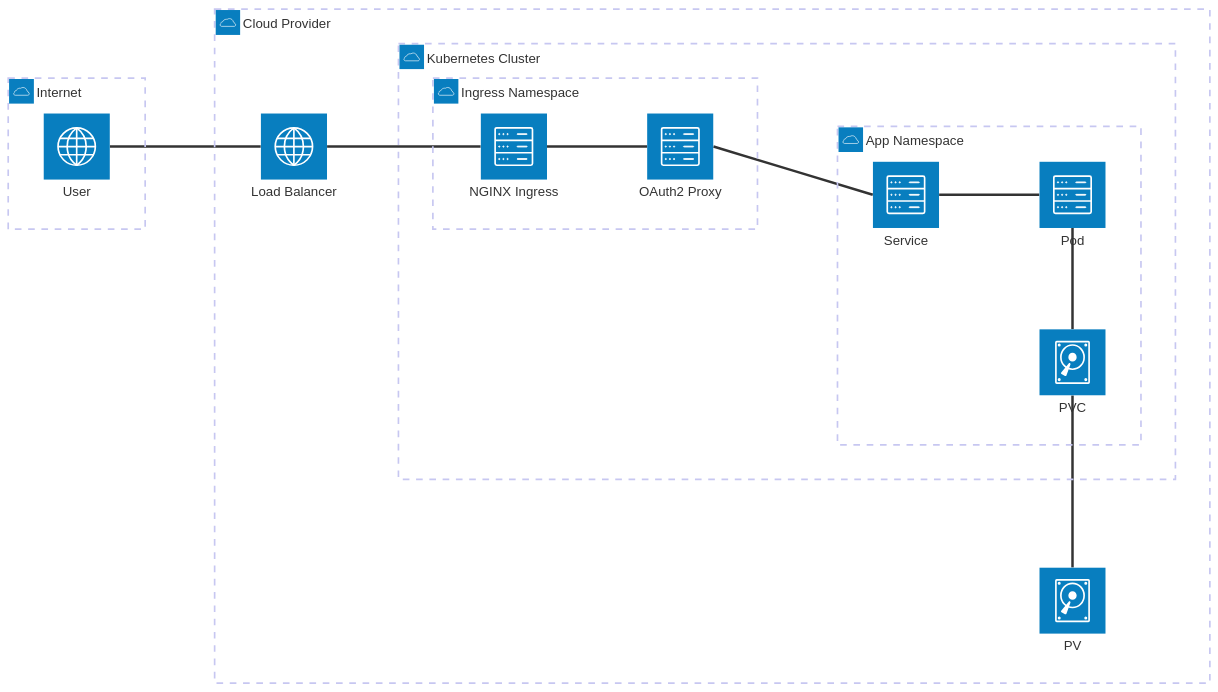
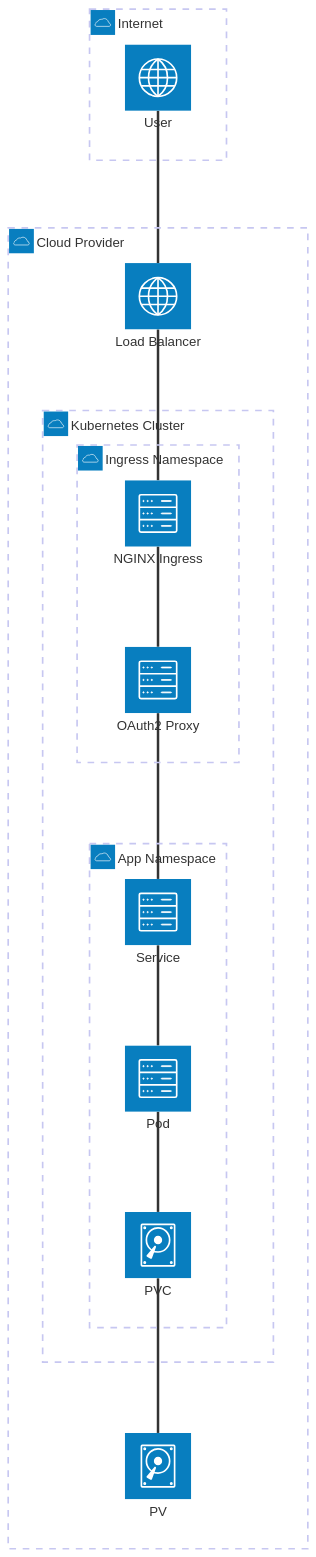
One commit to drengskapur/ghostwire changed the diagram in README.md. Above: the diagram before and after it, drawn with Mermaid.

Commit message:
style(docs): make architecture diagram flow vertically
Change edge directions from horizontal (R-L) to vertical (B-T) for
better visual flow showing request path from user down to storage.

````diff
--- a/README.md
+++ b/README.md
@@ -84,25 +84,25 @@
 ```mermaid
 architecture-beta
     group internet(cloud)[Internet]
     group cloud(cloud)[Cloud Provider]
     group k8s(cloud)[Kubernetes Cluster] in cloud
     group ns_infra(cloud)[Ingress Namespace] in k8s
     group ns_app(cloud)[App Namespace] in k8s
 
     service user(internet)[User] in internet
     service lb(internet)[Load Balancer] in cloud
     service ingress(server)[NGINX Ingress] in ns_infra
     service oauth(server)[OAuth2 Proxy] in ns_infra
     service svc(server)[Service] in ns_app
     service pod(server)[Pod] in ns_app
     service pv(disk)[PV] in cloud
     service pvc(disk)[PVC] in ns_app
 
-    user:R -- L:lb
-    lb:R -- L:ingress
-    ingress:R -- L:oauth
-    oauth:R -- L:svc
-    svc:R -- L:pod
+    user:B -- T:lb
+    lb:B -- T:ingress
+    ingress:B -- T:oauth
+    oauth:B -- T:svc
+    svc:B -- T:pod
     pod:B -- T:pvc
     pvc:B -- T:pv
 ```
````
